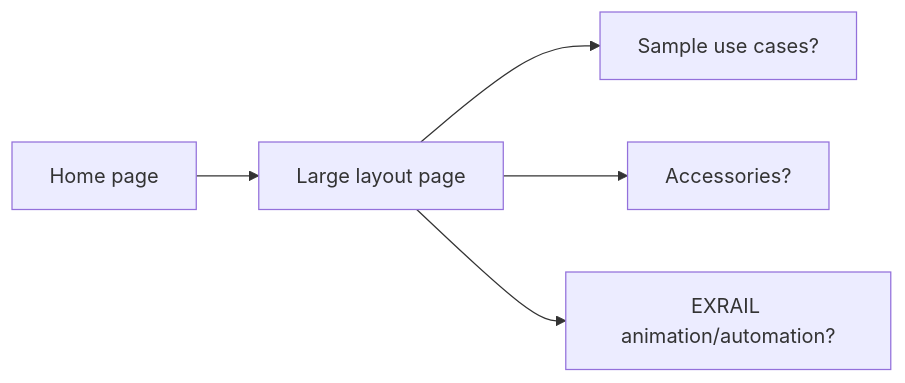
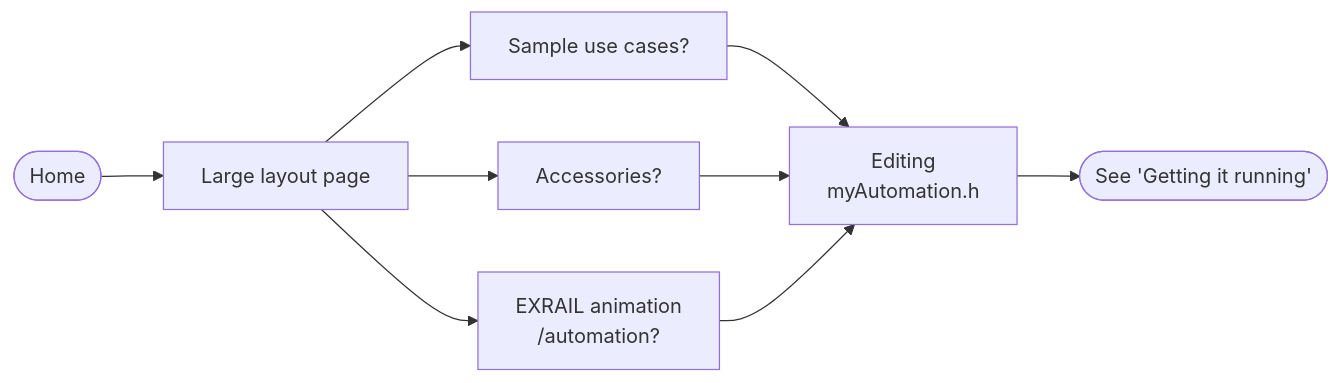
One commit to DCC-EX/mkdocs-test changed the ninth of 10 diagrams in docs/contributing/user-journeys.md. Above: the diagram before and after it, drawn with Mermaid. The commit also changed other lines of this file and 8 other files, not shown here.

````diff
--- a/docs/contributing/user-journeys.md
+++ b/docs/contributing/user-journeys.md
@@ -66,7 +125,11 @@
 ```mermaid
 graph LR
-    A[Home page] --> B[Large layout page];
+    A([Home]) --> B[Large layout page];
     B --> C[Sample use cases?];
     B --> D[Accessories?];
-    B --> E[EXRAIL animation/automation?];
+    B --> E[EXRAIL animation<br/>/automation?];
+    C --> F[Editing <br/>myAutomation.h]
+    F --> G([See 'Getting it running'])
+    D --> F;
+    E --> F;
 ```
````
